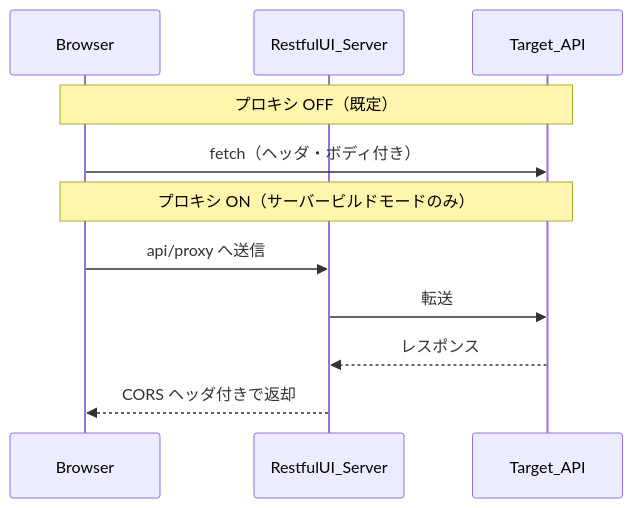
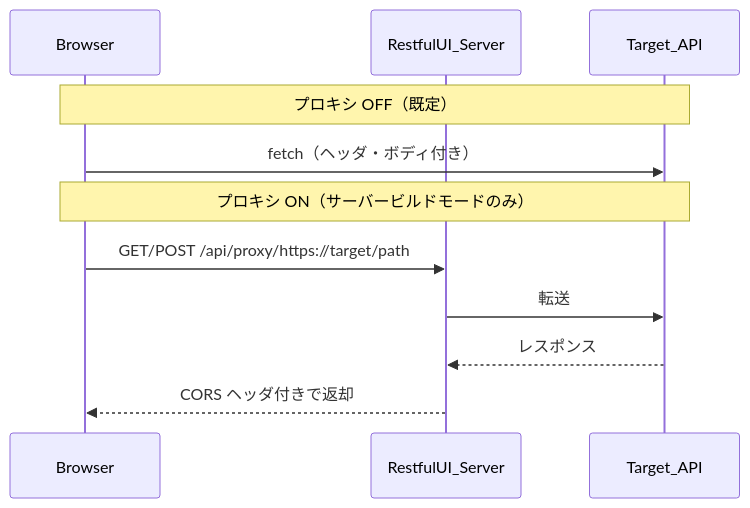
The diagram in docs/ja/network-and-security.md (funkjk/restful-ui), drawn with Mermaid before and after one commit. The commit also changed other lines of this file and 11 other files, not shown here.

````diff
--- a/docs/ja/network-and-security.md
+++ b/docs/ja/network-and-security.md
@@ -40,15 +49,15 @@
 ```mermaid
 sequenceDiagram
   participant Browser
   participant RestfulUI as RestfulUI_Server
   participant TargetAPI as Target_API
 
   Note over Browser,TargetAPI: プロキシ OFF（既定）
   Browser->>TargetAPI: fetch（ヘッダ・ボディ付き）
 
   Note over Browser,TargetAPI: プロキシ ON（サーバービルドモードのみ）
-  Browser->>RestfulUI: api/proxy へ送信
+  Browser->>RestfulUI: GET/POST /api/proxy/https://target/path
   RestfulUI->>TargetAPI: 転送
   TargetAPI-->>RestfulUI: レスポンス
   RestfulUI-->>Browser: CORS ヘッダ付きで返却
 ```
````
